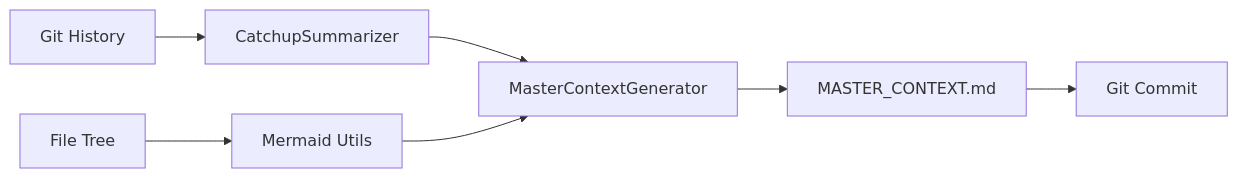
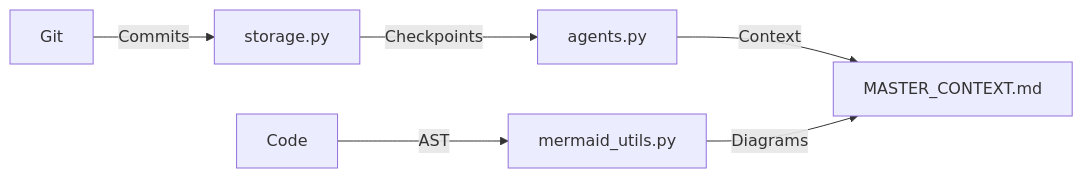
One commit to BurntDosa/Checkpoint changed the fifth of 5 diagrams in MASTER_CONTEXT.md. Above: the diagram before and after it, drawn with Mermaid. The commit also changed other lines of this file and 2 other files, not shown here.

Commit message:
docs: update master context & catchups for 9855fa5eca72eb23c10723cfd6e25311baa0623d

````diff
--- a/MASTER_CONTEXT.md
+++ b/MASTER_CONTEXT.md
@@ -111,9 +99,8 @@
 ```mermaid
-flowchart LR
-    Git[Git History] --> A[CatchupSummarizer]
-    Files[File Tree] --> B[Mermaid Utils]
-    A --> C[MasterContextGenerator]
-    B --> C
-    C --> D[MASTER_CONTEXT.md]
-    D --> E[Git Commit]
+graph LR
+  A[Git] -->|Commits| B[storage.py]
+  B -->|Checkpoints| C[agents.py]
+  C -->|Context| D[MASTER_CONTEXT.md]
+  E[Code] -->|AST| F[mermaid_utils.py]
+  F -->|Diagrams| D
 ```
````
